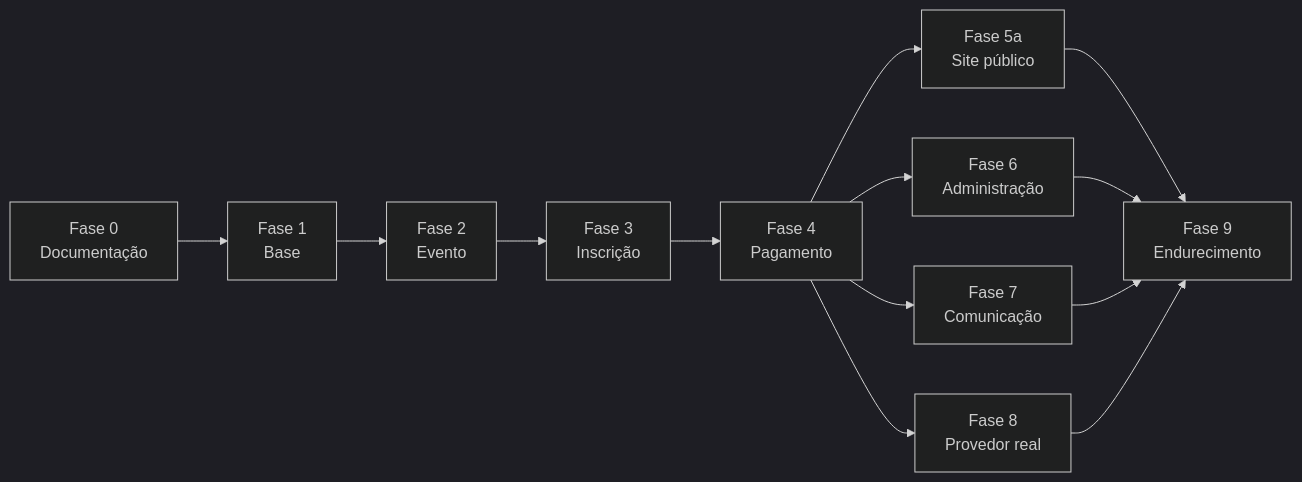
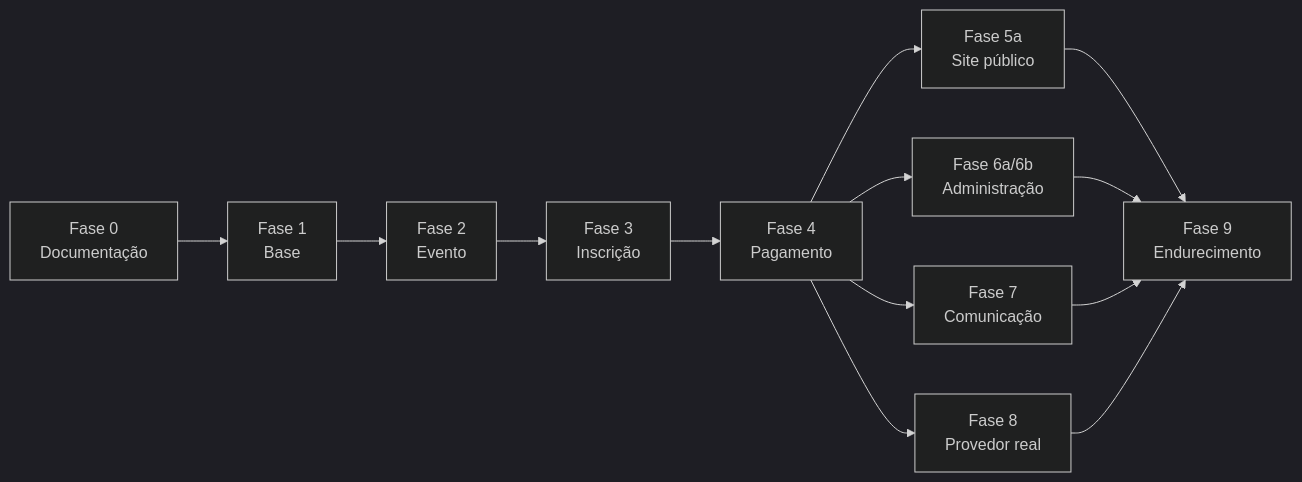
The diagram in docs/IMPLEMENTATION_PLAN.md (walberjefferson/gerenciador_eventos_ccc), drawn with Mermaid (dark theme) before and after one commit. The commit also changed other lines of this file and 7 other files, not shown here.

````diff
--- a/docs/IMPLEMENTATION_PLAN.md
+++ b/docs/IMPLEMENTATION_PLAN.md
@@ -241,15 +263,15 @@
 ```mermaid
 flowchart LR
     F0[Fase 0<br/>Documentação] --> F1[Fase 1<br/>Base]
     F1 --> F2[Fase 2<br/>Evento]
     F2 --> F3[Fase 3<br/>Inscrição]
     F3 --> F4[Fase 4<br/>Pagamento]
     F4 --> F5[Fase 5a<br/>Site público]
-    F4 --> F6[Fase 6<br/>Administração]
+    F4 --> F6[Fase 6a/6b<br/>Administração]
     F4 --> F7[Fase 7<br/>Comunicação]
     F4 --> F8[Fase 8<br/>Provedor real]
     F5 --> F9[Fase 9<br/>Endurecimento]
     F6 --> F9
     F7 --> F9
     F8 --> F9
 ```
````
